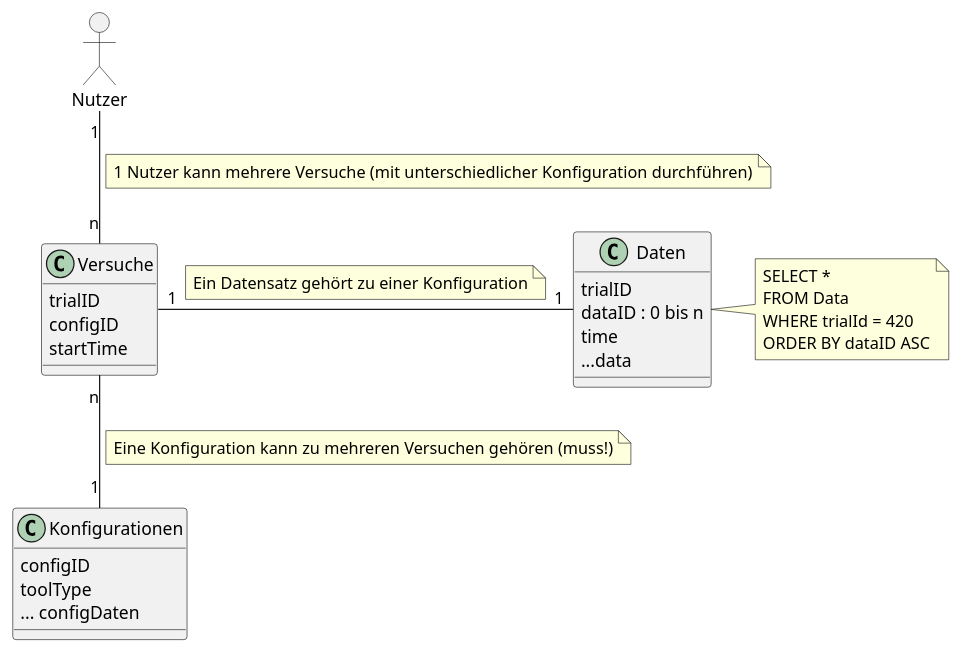
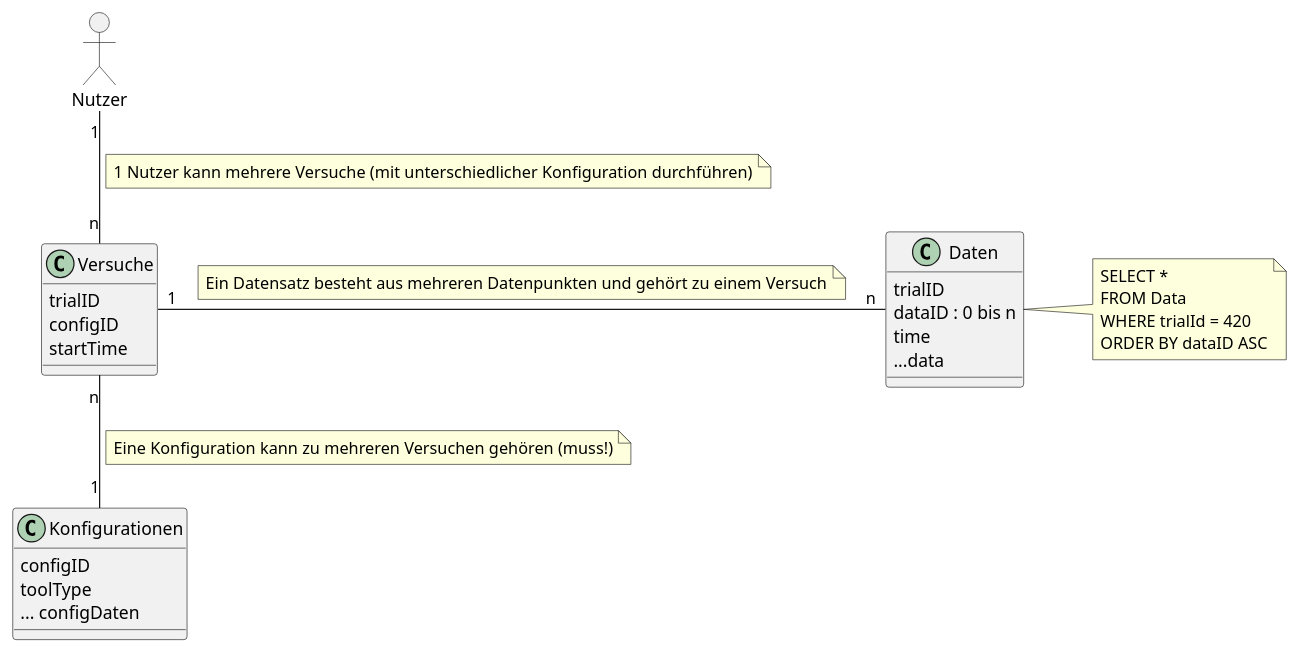
One commit to weichware-10/dokumente changed the diagram in uml-class/sonstige/database.puml. Above: the diagram before and after it, drawn with PlantUML.

Commit message:
[fix] Beziehung Daten Versuch

```diff
--- a/uml-class/sonstige/database.puml
+++ b/uml-class/sonstige/database.puml
@@ -1,44 +1,44 @@
 @startuml database
 
 allowmixing
 
 actor "Nutzer" as n
 
 class "Konfigurationen" as k {
     configID
     toolType
     ... configDaten
 }
 class "Versuche" as v {
     trialID
     configID
     startTime
 }
 
 class "Daten" as d {
     trialID
     dataID : 0 bis n
     time
     ...data
 }
 
 n "1" -- "n" v
 note on link
     1 Nutzer kann mehrere Versuche (mit unterschiedlicher Konfiguration durchführen)
 end note
-v "1" -r- "1" d
+v "1" -r- "n" d
 note on link
-    Ein Datensatz gehört zu einer Konfiguration
+    Ein Datensatz besteht aus mehreren Datenpunkten und gehört zu einem Versuch
 end note
 v "n" -- "1" k
 note on link
     Eine Konfiguration kann zu mehreren Versuchen gehören (muss!)
 end note
 
 note right of d
     SELECT *
     FROM Data
     WHERE trialId = 420
     ORDER BY dataID ASC
 end note
 @enduml
```
